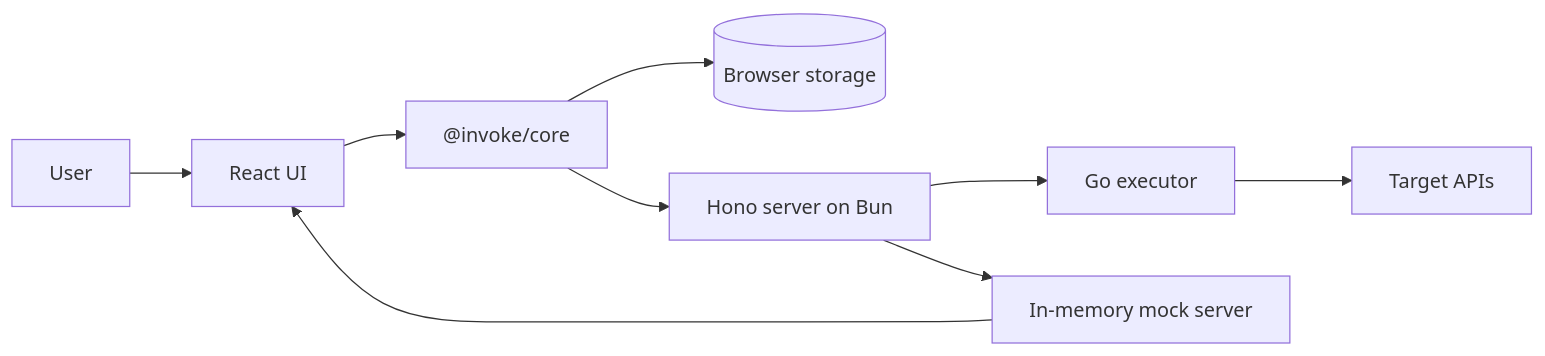
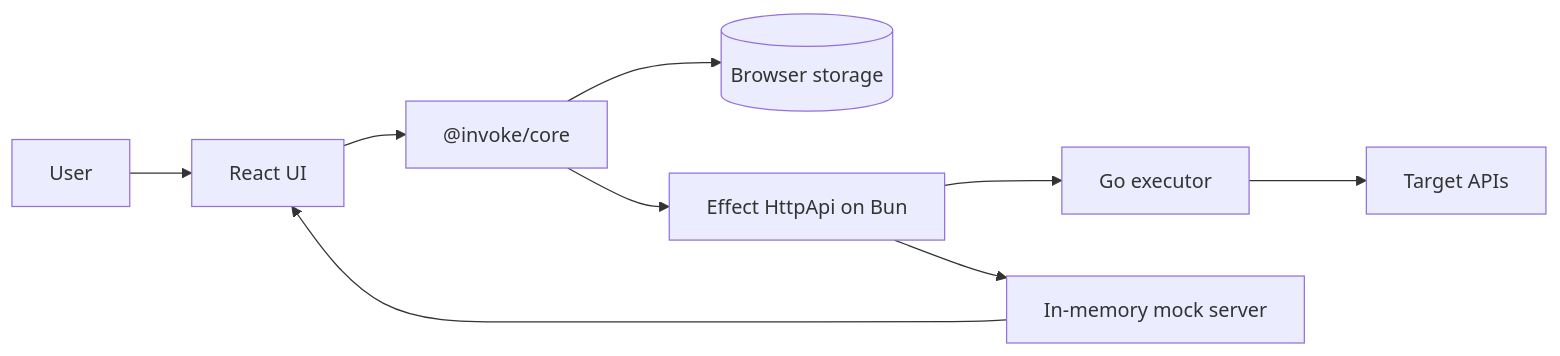
Before and after one commit to brendatamaar/invoke: the diagram in README.md, drawn with Mermaid. The commit also changed other lines of this file and 5 other files, not shown here.

````diff
--- a/README.md
+++ b/README.md
@@ -19,11 +19,11 @@
 ```mermaid
 flowchart LR
   User --> UI[React UI]
   UI --> Core["@invoke/core"]
   Core --> Storage[(Browser storage)]
-  Core --> Server[Hono server on Bun]
+  Core --> Server[Effect HttpApi on Bun]
   Server --> Executor[Go executor]
   Executor --> API[Target APIs]
   Server --> Mock[In-memory mock server]
   Mock --> UI
 ```
````
